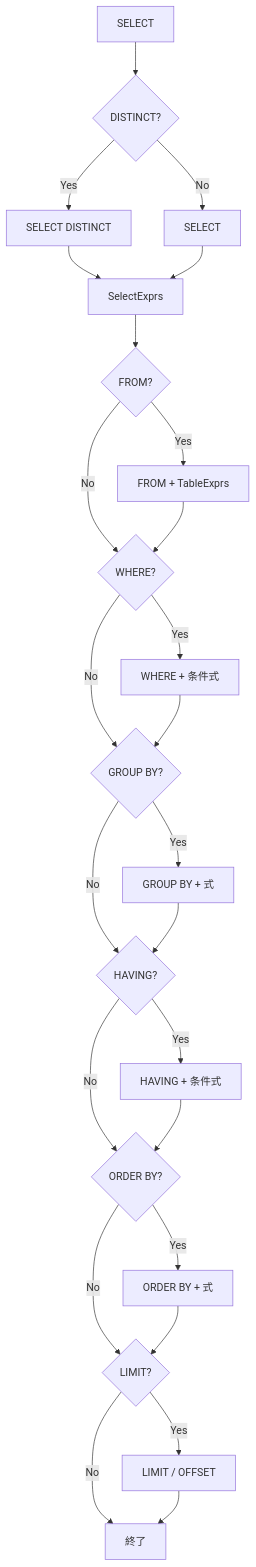
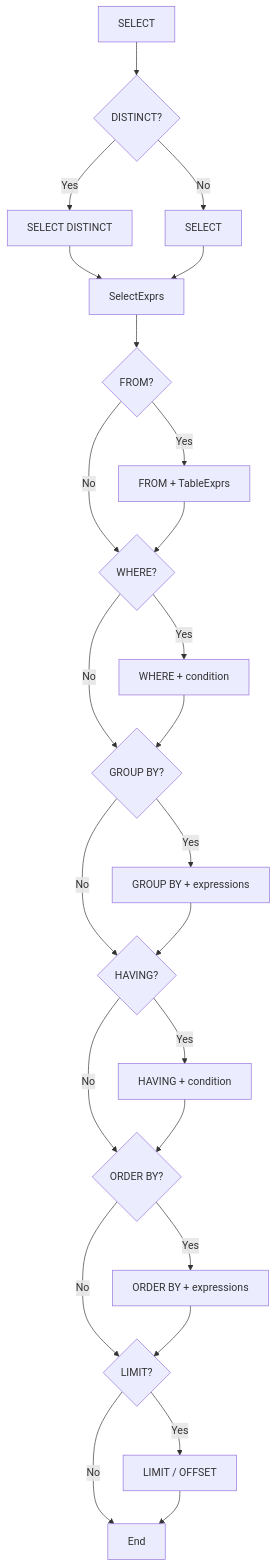
The second of 2 diagrams in docs/formatter-spec.md (Eagle-Konbu/sanat), drawn with Mermaid before and after one commit. The commit also changed other lines of this file and 1 other file, not shown here.

````diff
--- a/docs/formatter-spec.md
+++ b/docs/formatter-spec.md
@@ -86,27 +86,27 @@
 ```mermaid
 flowchart TD
     S[SELECT] --> D{DISTINCT?}
     D -- Yes --> D1["SELECT DISTINCT"]
     D -- No --> D2["SELECT"]
     D1 --> SE[SelectExprs]
     D2 --> SE
     SE --> F{FROM?}
     F -- Yes --> FE[FROM + TableExprs]
     F -- No --> W
     FE --> W{WHERE?}
-    W -- Yes --> WE[WHERE + 条件式]
+    W -- Yes --> WE[WHERE + condition]
     W -- No --> G
     WE --> G{GROUP BY?}
-    G -- Yes --> GE[GROUP BY + 式]
+    G -- Yes --> GE[GROUP BY + expressions]
     G -- No --> H
     GE --> H{HAVING?}
-    H -- Yes --> HE[HAVING + 条件式]
+    H -- Yes --> HE[HAVING + condition]
     H -- No --> O
     HE --> O{ORDER BY?}
-    O -- Yes --> OE[ORDER BY + 式]
+    O -- Yes --> OE[ORDER BY + expressions]
     O -- No --> L
     OE --> L{LIMIT?}
     L -- Yes --> LE[LIMIT / OFFSET]
-    L -- No --> END[終了]
+    L -- No --> END[End]
     LE --> END
 ```
````
